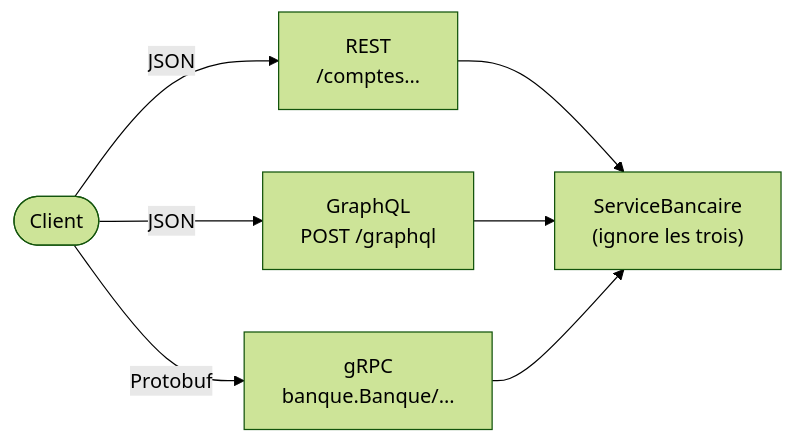
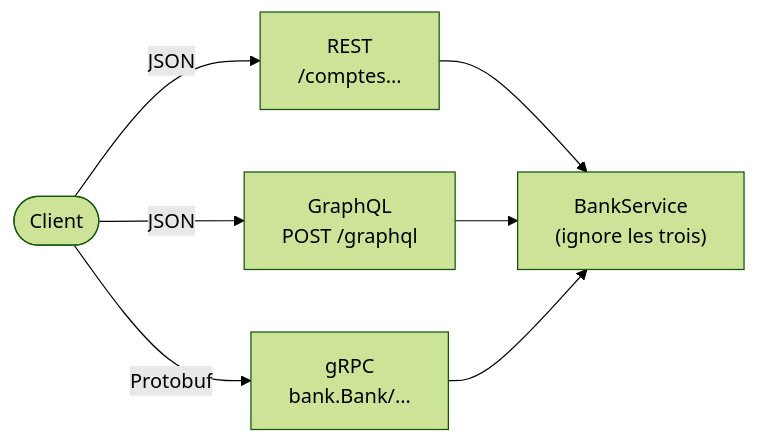
The diagram in Docs/fiches/23-rest-grpc-graphql.md (drangoht/ArchitecturesDemo), drawn with Mermaid (forest theme) before and after one commit. The commit also changed 70 other files, not shown here.

Commit message:
Docs FR : identifiants, liens, diagrammes et sorties alignés sur le code anglais

````diff
--- a/Docs/fiches/23-rest-grpc-graphql.md
+++ b/Docs/fiches/23-rest-grpc-graphql.md
@@ -10,7 +10,7 @@
 ```mermaid
 flowchart LR
     APP(["Client"]) -->|JSON| R["REST<br/>/comptes…"]
     APP -->|JSON| Q["GraphQL<br/>POST /graphql"]
-    APP -->|Protobuf| G["gRPC<br/>banque.Banque/…"]
-    R & Q & G --> M["ServiceBancaire<br/>(ignore les trois)"]
+    APP -->|Protobuf| G["gRPC<br/>bank.Bank/…"]
+    R & Q & G --> M["BankService<br/>(ignore les trois)"]
 ```
````
